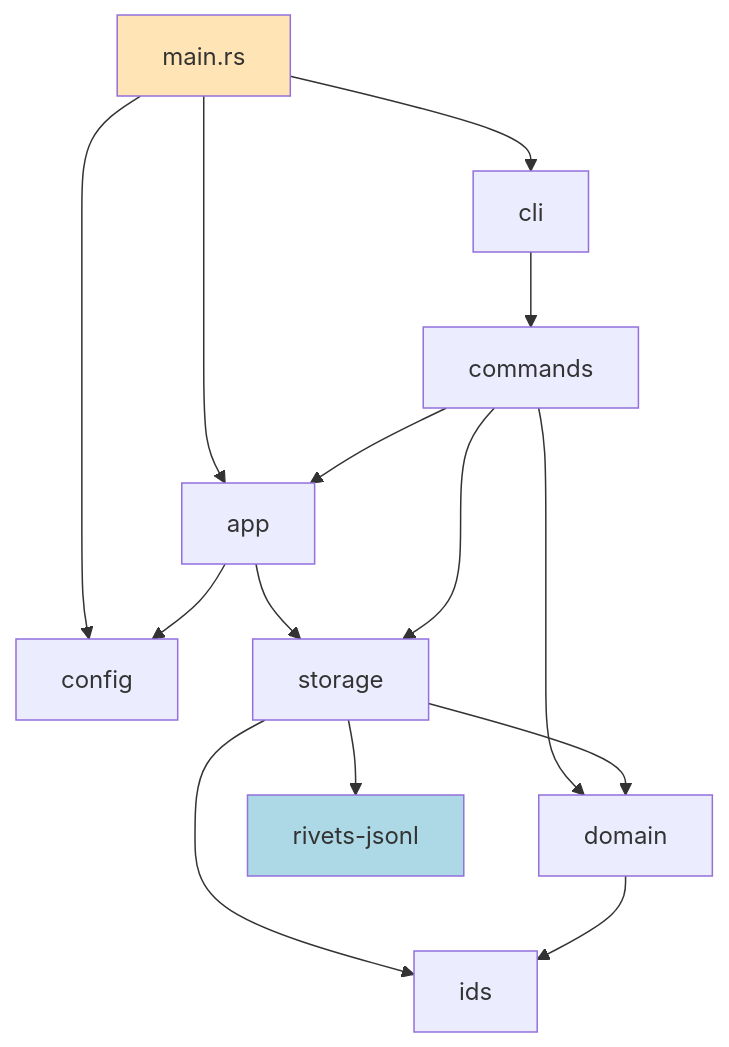
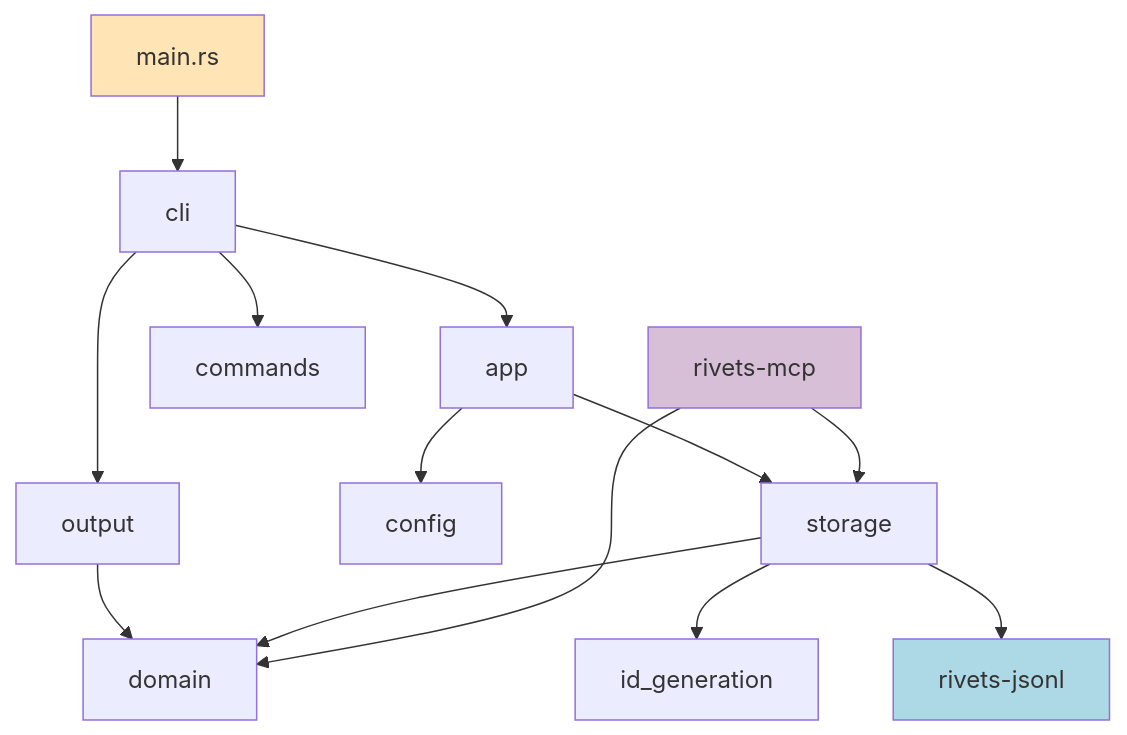
The fifth of 5 diagrams in docs/module-structure.md (dwalleck/rivets), drawn with Mermaid before and after one commit. The commit also changed other lines of this file and 6 other files, not shown here.

````diff
--- a/docs/module-structure.md
+++ b/docs/module-structure.md
@@ -770,24 +354,24 @@
 ```mermaid
 graph TD
     Main[main.rs] --> CLI[cli]
-    Main --> App[app]
-    Main --> Config[config]
 
+    CLI --> App[app]
     CLI --> Commands[commands]
+    CLI --> Output[output]
 
+    App --> Config[config]
     App --> Storage[storage]
-    App --> Config
 
-    Commands --> App
-    Commands --> Domain[domain]
-    Commands --> Storage
+    Output --> Domain[domain]
 
     Storage --> Domain
-    Storage --> IDs[ids]
+    Storage --> IDs[id_generation]
     Storage --> JSONL[rivets-jsonl]
 
-    Domain --> IDs
+    MCP[rivets-mcp] --> Storage
+    MCP --> Domain
 
     style Main fill:#FFE4B5
     style JSONL fill:#ADD8E6
+    style MCP fill:#D8BFD8
 ```
````
